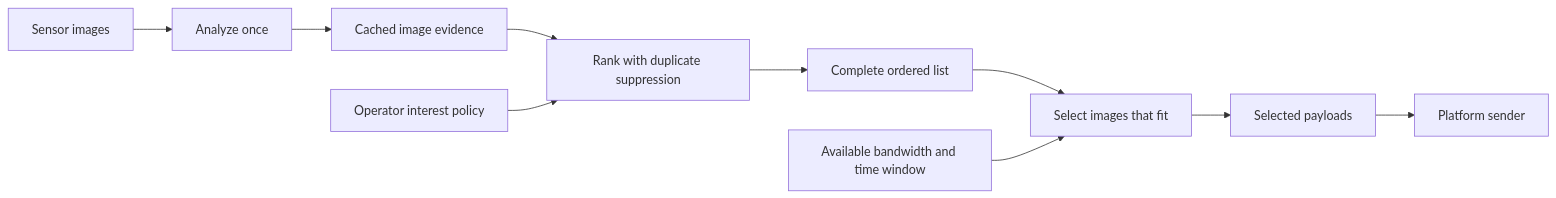
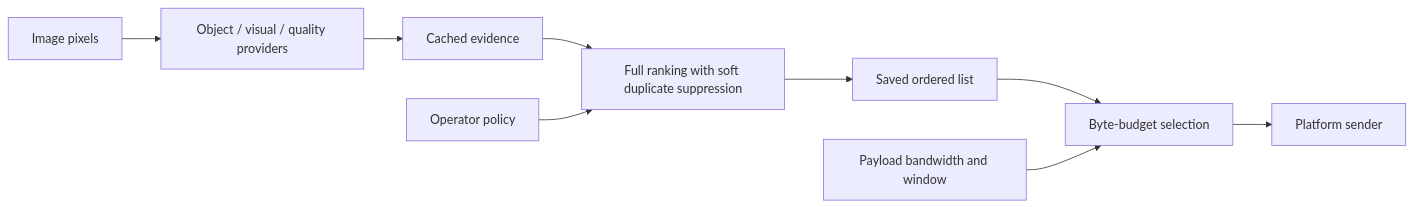
The diagram in algorithm/RANKING_AND_SELECTION.md (fleethackerghostfleet/ghost-seeker), drawn with Mermaid before and after one commit. The commit also changed other lines of this file and 17 other files, not shown here.

Commit message:
Separate pluggable signal providers, ranking, and bandwidth selection

````diff
--- a/algorithm/RANKING_AND_SELECTION.md
+++ b/algorithm/RANKING_AND_SELECTION.md
@@ -9,12 +5,11 @@
 ```mermaid
 flowchart LR
-    A[Sensor images] --> B[Analyze once]
-    B --> C[Cached image evidence]
-    C --> D[Rank with duplicate suppression]
-    P[Operator interest policy] --> D
-    D --> E[Complete ordered list]
-    E --> F[Select images that fit]
-    G[Available bandwidth and time window] --> F
-    F --> H[Selected payloads]
-    H --> I[Platform sender]
+    A[Image pixels] --> B[Object / visual / quality providers]
+    B --> C[Cached evidence]
+    C --> D[Full ranking with soft duplicate suppression]
+    P[Operator policy] --> D
+    D --> E[Saved ordered list]
+    E --> F[Byte-budget selection]
+    G[Payload bandwidth and window] --> F
+    F --> H[Platform sender]
 ```
````
